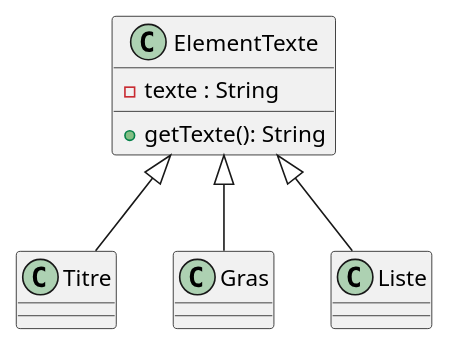
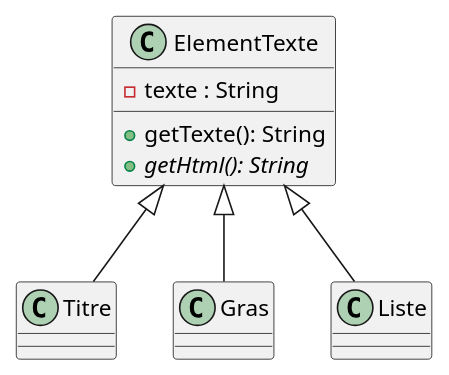
One commit to jandry/design-pattern changed the diagram in src/uml/visitor.puml. Above: the diagram before and after it, drawn with PlantUML. The commit also changed 4 other files, not shown here.

```diff
--- a/src/uml/visitor.puml
+++ b/src/uml/visitor.puml
@@ -1,17 +1,18 @@
 @startuml Visitor
 
 class Titre
 class Gras
 class Liste
 
 class ElementTexte {
     - texte : String
     + getTexte(): String
+    + {abstract} getHtml(): String
 }
 
 ElementTexte <|-- Liste
 ElementTexte <|-- Titre
 ElementTexte <|-- Gras
 
 
 @enduml
```
